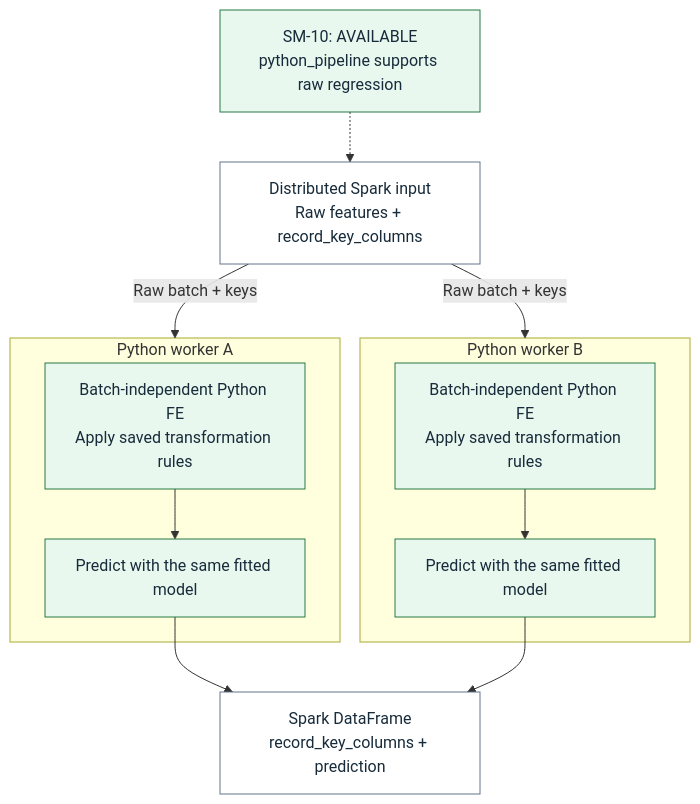
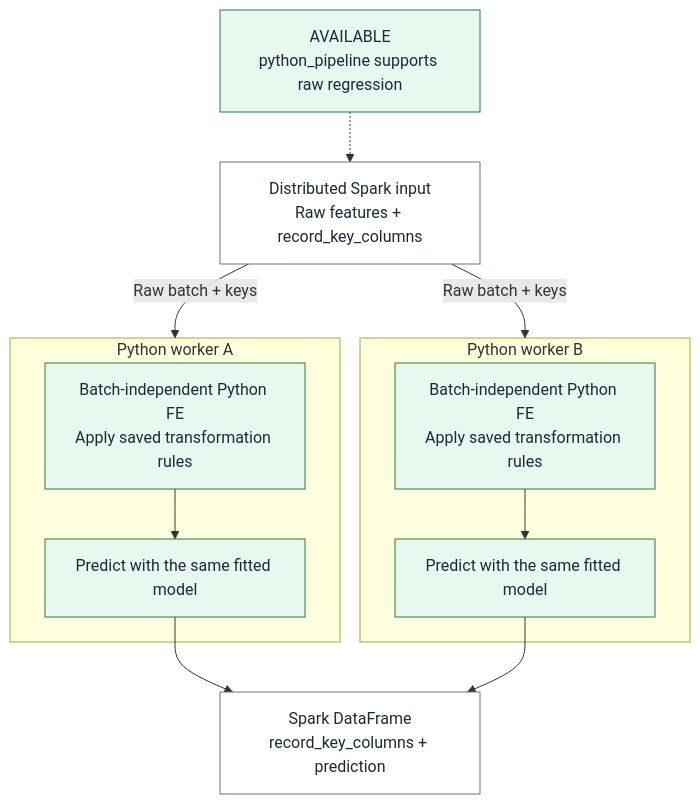
The diagram in manual/assets/diagrams/inference/spark_python_planned.mmd (flyingriverhorse/Skyulf), drawn with Mermaid before and after one commit. The commit also changed 243 other files, not shown here.

```diff
--- a/manual/assets/diagrams/inference/spark_python_planned.mmd
+++ b/manual/assets/diagrams/inference/spark_python_planned.mmd
@@ -1,23 +1,23 @@
 flowchart TD
     accTitle: Python FE and model inference inside Spark workers
-    accDescr: SM-10 distributes raw batches and applies fitted Python FE and the model inside each worker.
-    status["SM-10: AVAILABLE<br/>python_pipeline supports raw regression"]:::available
+    accDescr: distributes raw batches and applies fitted Python FE and the model inside each worker.
+    status["AVAILABLE<br/>python_pipeline supports raw regression"]:::available
     raw["Distributed Spark input<br/>Raw features + record_key_columns"]:::plain
     subgraph wa["Python worker A"]
         fea["Batch-independent Python FE<br/>Apply saved transformation rules"]:::available
         ma["Predict with the same fitted model"]:::available
         fea --> ma
     end
     subgraph wb["Python worker B"]
         feb["Batch-independent Python FE<br/>Apply saved transformation rules"]:::available
         mb["Predict with the same fitted model"]:::available
         feb --> mb
     end
     result["Spark DataFrame<br/>record_key_columns + prediction"]:::plain
     status -.-> raw
     raw -->|"Raw batch + keys"| wa
     raw -->|"Raw batch + keys"| wb
     ma --> result
     mb --> result
     classDef plain fill:#ffffff,stroke:#64748b,color:#172b3a
     classDef available fill:#e9f8ef,stroke:#267a45,color:#172b3a
```
